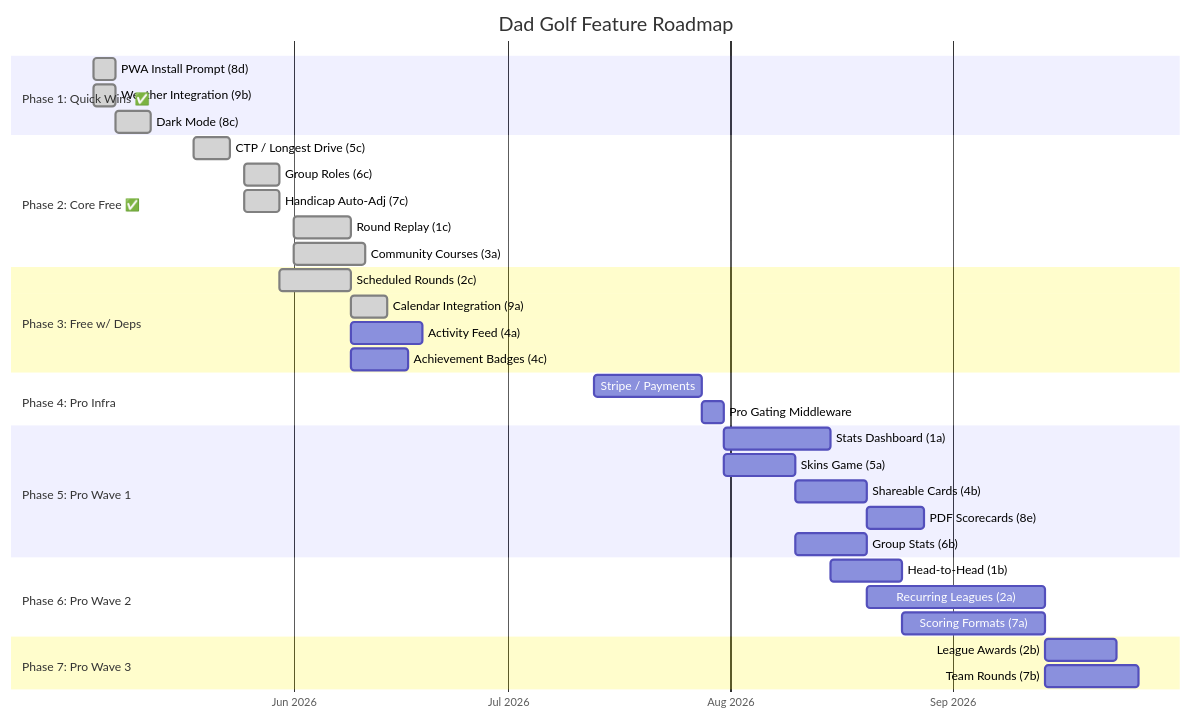
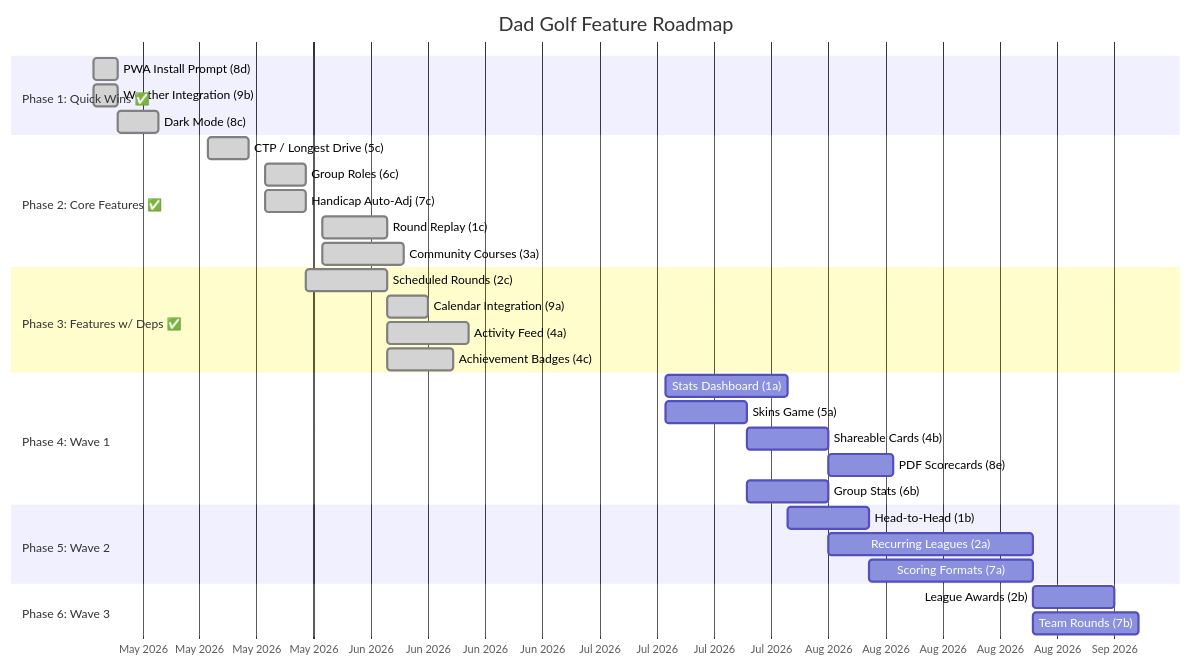
Before and after one commit to Lachy-Dauth/dad-golf: the second of 2 diagrams in docs/roadmap.md, drawn with Mermaid. The commit also changed other lines of this file and 1 other file, not shown here.

First line of the commit message:
Remove pro plan — make all features free

````diff
--- a/docs/roadmap.md
+++ b/docs/roadmap.md
@@ -94,44 +78,40 @@
 ```mermaid
 gantt
     title Dad Golf Feature Roadmap
     dateFormat YYYY-MM-DD
     axisFormat %b %Y
 
     section Phase 1: Quick Wins ✅
     PWA Install Prompt (8d)         :done, p1b, 2026-05-04, 3d
     Weather Integration (9b)        :done, p1c, 2026-05-04, 3d
     Dark Mode (8c)                  :done, p1d, 2026-05-07, 5d
 
-    section Phase 2: Core Free ✅
+    section Phase 2: Core Features ✅
     CTP / Longest Drive (5c)        :done, p2b, 2026-05-18, 5d
     Group Roles (6c)                :done, p2d, 2026-05-25, 5d
     Handicap Auto-Adj (7c)          :done, p2e, 2026-05-25, 5d
     Round Replay (1c)               :done, p2a, 2026-06-01, 8d
     Community Courses (3a)          :done, p2f, 2026-06-01, 10d
 
-    section Phase 3: Free w/ Deps
+    section Phase 3: Features w/ Deps ✅
     Scheduled Rounds (2c)           :done, p3b, after p2d, 10d
     Calendar Integration (9a)       :done, p3c, after p3b, 5d
-    Activity Feed (4a)              :p3d, after p2a, 10d
-    Achievement Badges (4c)         :p3e, after p2a, 8d
+    Activity Feed (4a)              :done, p3d, after p2a, 10d
+    Achievement Badges (4c)         :done, p3e, after p2a, 8d
 
-    section Phase 4: Pro Infra
-    Stripe / Payments               :p4a, 2026-07-13, 15d
-    Pro Gating Middleware            :p4b, after p4a, 3d
+    section Phase 4: Wave 1
+    Stats Dashboard (1a)            :p4a, 2026-07-13, 15d
+    Skins Game (5a)                 :p4b, 2026-07-13, 10d
+    Shareable Cards (4b)            :p4c, after p4b, 10d
+    PDF Scorecards (8e)             :p4d, after p4c, 8d
+    Group Stats (6b)                :p4e, after p4b, 10d
 
-    section Phase 5: Pro Wave 1
-    Stats Dashboard (1a)            :p5a, after p4b, 15d
-    Skins Game (5a)                 :p5b, after p4b, 10d
-    Shareable Cards (4b)            :p5c, after p5b, 10d
-    PDF Scorecards (8e)             :p5d, after p5c, 8d
-    Group Stats (6b)                :p5e, after p5b, 10d
+    section Phase 5: Wave 2
+    Head-to-Head (1b)               :p5a, after p4a, 10d
+    Recurring Leagues (2a)          :p5b, after p4e, 25d
+    Scoring Formats (7a)            :p5c, after p5a, 20d
 
-    section Phase 6: Pro Wave 2
-    Head-to-Head (1b)               :p6a, after p5a, 10d
-    Recurring Leagues (2a)          :p6b, after p5e, 25d
-    Scoring Formats (7a)            :p6c, after p6a, 20d
-
-    section Phase 7: Pro Wave 3
-    League Awards (2b)              :p7a, after p6b, 10d
-    Team Rounds (7b)                :p7b, after p6c, 13d
+    section Phase 6: Wave 3
+    League Awards (2b)              :p6a, after p5b, 10d
+    Team Rounds (7b)                :p6b, after p5c, 13d
 ```
````
